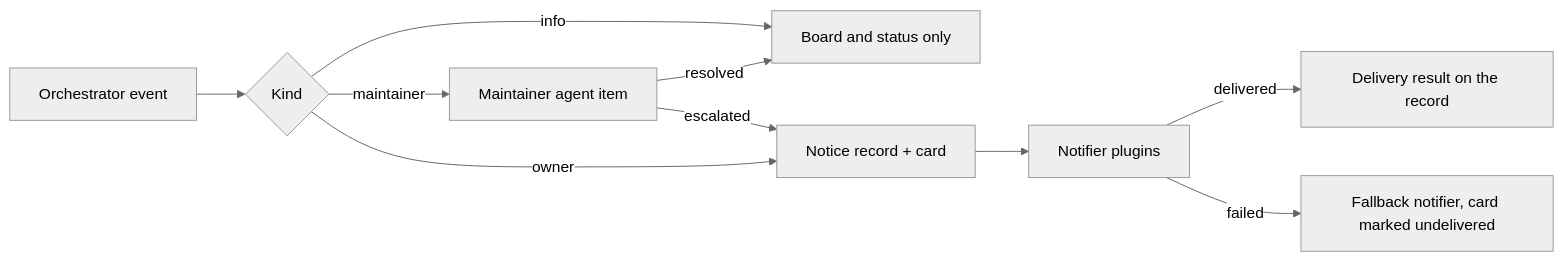
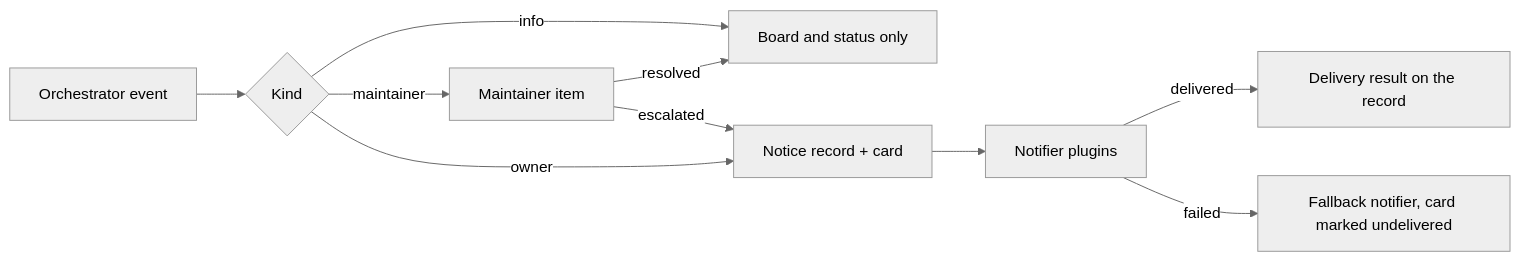
One commit to shinyredapples/intakt changed the diagram in docs/design/05-architecture/13-dashboard.md. Above: the diagram before and after it, drawn with Mermaid (neutral theme). The commit also changed other lines of this file and 9 other files, not shown here.

````diff
--- a/docs/design/05-architecture/13-dashboard.md
+++ b/docs/design/05-architecture/13-dashboard.md
@@ -56,12 +56,12 @@
 ```mermaid
 flowchart LR
   ev[Orchestrator event] --> k{Kind}
   k -- info --> st[Board and status only]
-  k -- maintainer --> ma[Maintainer agent item]
+  k -- maintainer --> ma[Maintainer item]
   ma -- resolved --> st
   ma -- escalated --> ow
   k -- owner --> ow[Notice record + card]
   ow --> nt[Notifier plugins]
   nt -- delivered --> rec[Delivery result on the record]
   nt -- failed --> fb[Fallback notifier, card marked undelivered]
 ```
````
